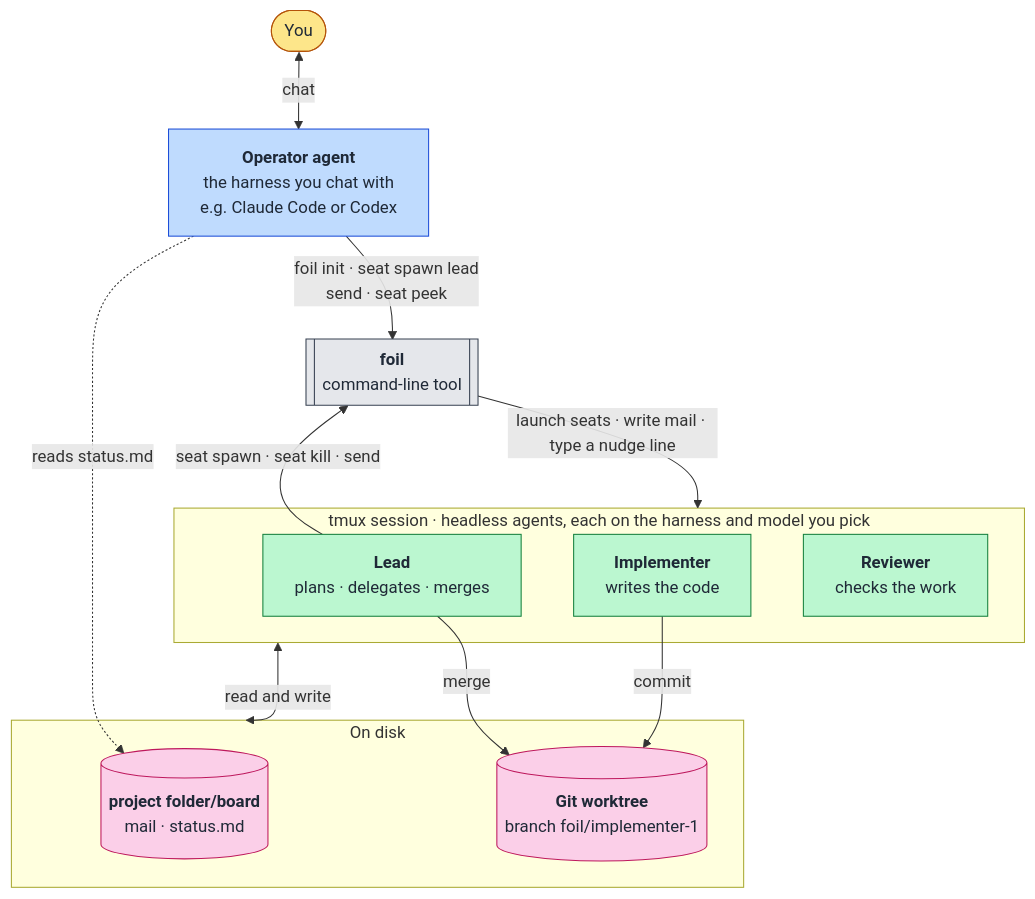
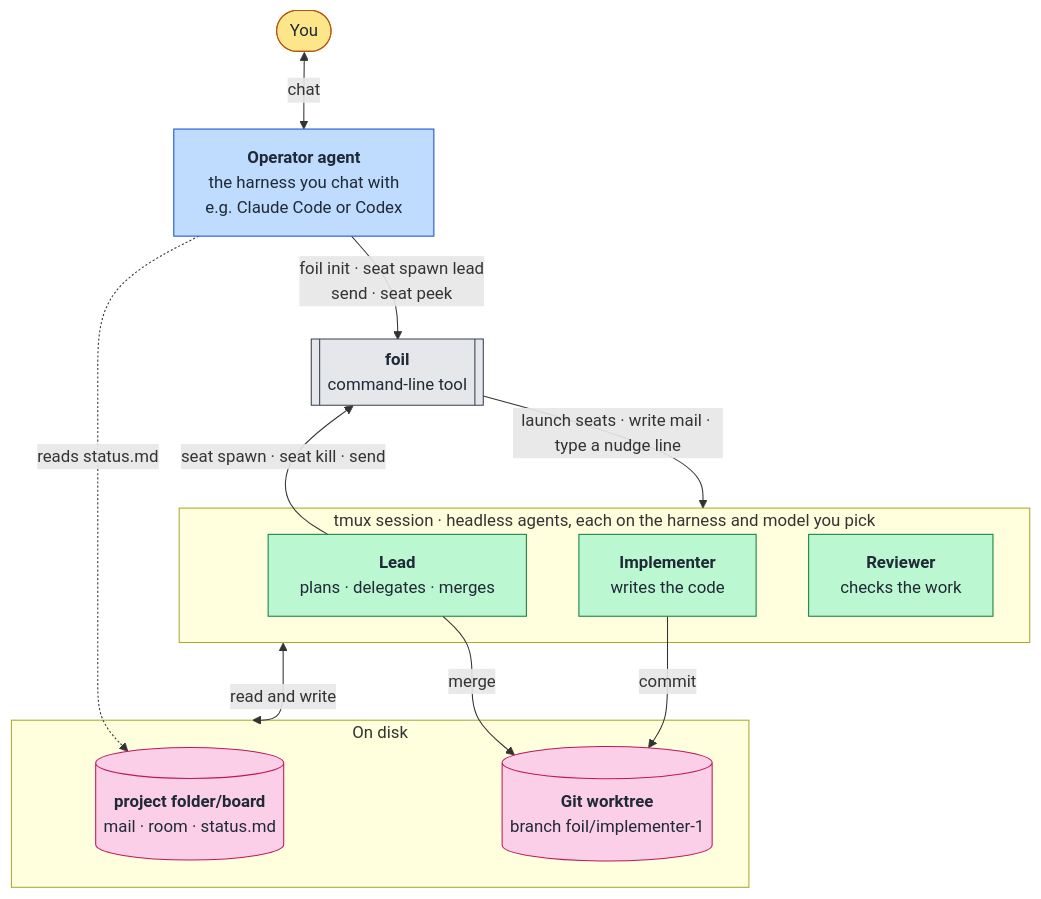
The diagram in README.md (TiantianFlow/foil), drawn with Mermaid before and after one commit. The commit also changed other lines of this file and 16 other files, not shown here.

````diff
--- a/README.md
+++ b/README.md
@@ -36,37 +36,37 @@
 ```mermaid
 flowchart TB
   you(["You"])
   operator["<b>Operator agent</b><br/>the harness you chat with<br/>e.g. Claude Code or Codex"]
   foil[["<b>foil</b><br/>command-line tool"]]
 
   subgraph fleet["tmux session · headless agents, each on the harness and model you pick"]
     lead["<b>Lead</b><br/>plans · delegates · merges"]
     impl["<b>Implementer</b><br/>writes the code"]
     rev["<b>Reviewer</b><br/>checks the work"]
   end
 
   subgraph disk["On disk"]
-    board[("<b>project folder/board</b><br/>mail · status.md")]
+    board[("<b>project folder/board</b><br/>mail · room · status.md")]
     tree[("<b>Git worktree</b><br/>branch foil/implementer-1")]
   end
 
   you <-->|chat| operator
   operator -->|"foil init · seat spawn lead<br/>send · seat peek"| foil
   lead -->|"seat spawn · seat kill · send"| foil
   foil -->|"launch seats · write mail · type a nudge line"| fleet
   fleet <-->|read and write| disk
   impl -->|commit| tree
   lead -->|merge| tree
   operator -.->|reads status.md| board
 
   classDef human fill:#fde68a,stroke:#b45309,color:#1f2937
   classDef yours fill:#bfdbfe,stroke:#1d4ed8,color:#1f2937
   classDef tool fill:#e5e7eb,stroke:#374151,color:#1f2937
   classDef seat fill:#bbf7d0,stroke:#15803d,color:#1f2937
   classDef data fill:#fbcfe8,stroke:#be185d,color:#1f2937
   class you human
   class operator yours
   class foil tool
   class lead,impl,rev seat
   class board,tree data
 ```
````
